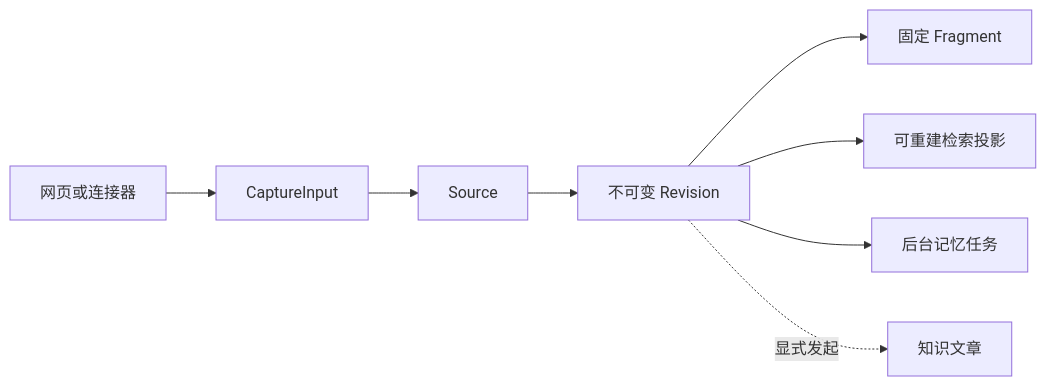
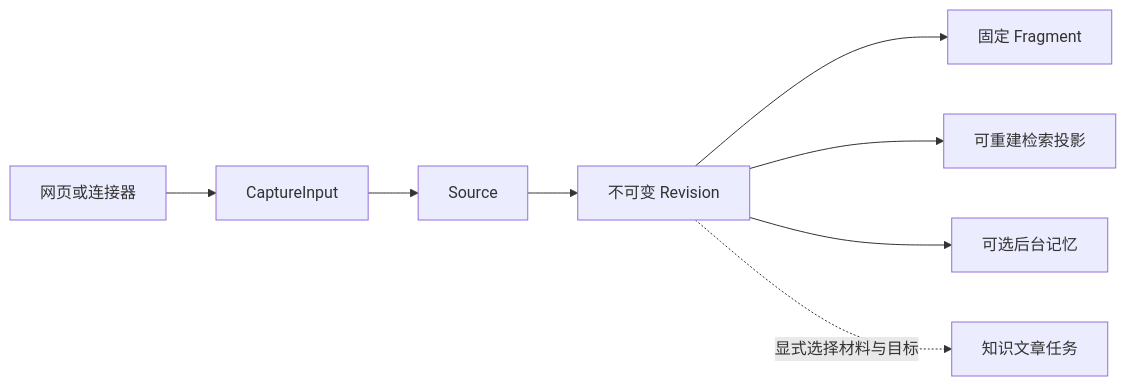
The diagram in .repo-review/knowledge/articles/08e8de8e7788195db049c6fb0184ebc7888d9ec16a991ed19523deb074181035.md (lejunyang/omem), drawn with Mermaid before and after one commit. The commit also changed other lines of this file and 11 other files, not shown here.

````diff
--- a/.repo-review/knowledge/articles/08e8de8e7788195db049c6fb0184ebc7888d9ec16a991ed19523deb074181035.md
+++ b/.repo-review/knowledge/articles/08e8de8e7788195db049c6fb0184ebc7888d9ec16a991ed19523deb074181035.md
@@ -40,10 +48,10 @@
 ```mermaid
 flowchart LR
   A[网页或连接器] --> B[CaptureInput]
   B --> C[Source]
   C --> D[不可变 Revision]
   D --> E[固定 Fragment]
   D --> F[可重建检索投影]
-  D --> G[后台记忆任务]
-  D -.显式发起.-> H[知识文章]
+  D --> G[可选后台记忆]
+  D -.显式选择材料与目标.-> H[知识文章任务]
 ```
````
